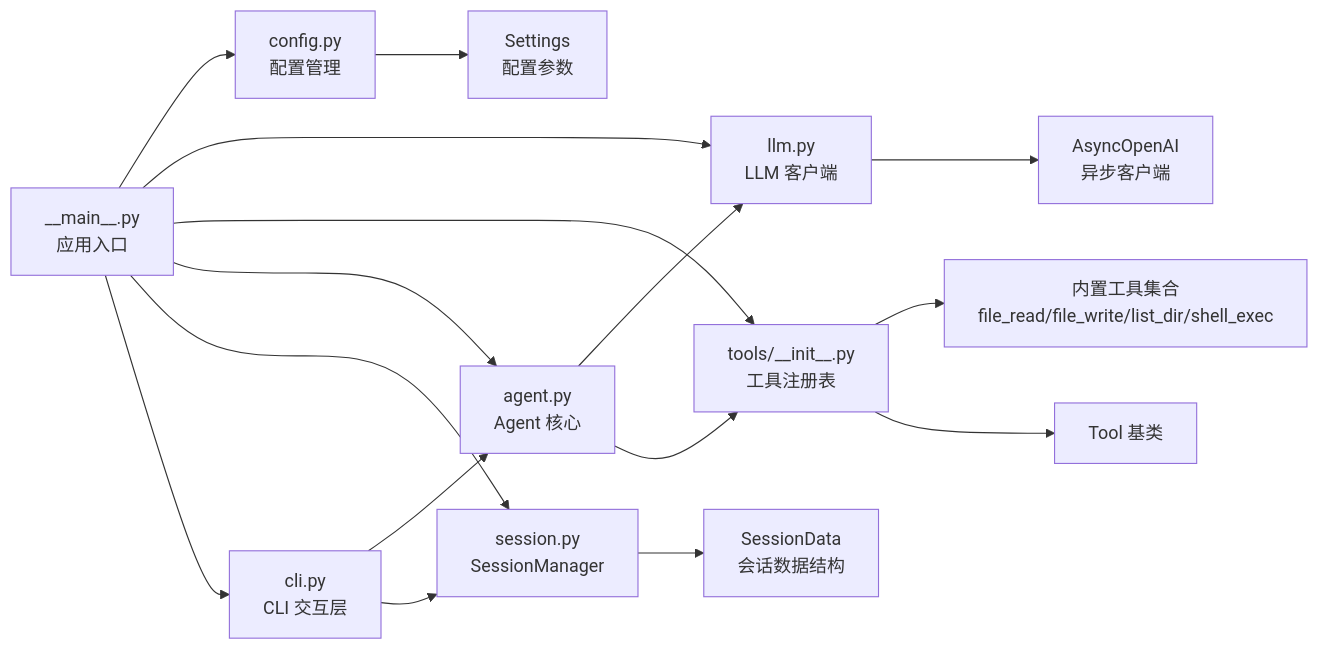
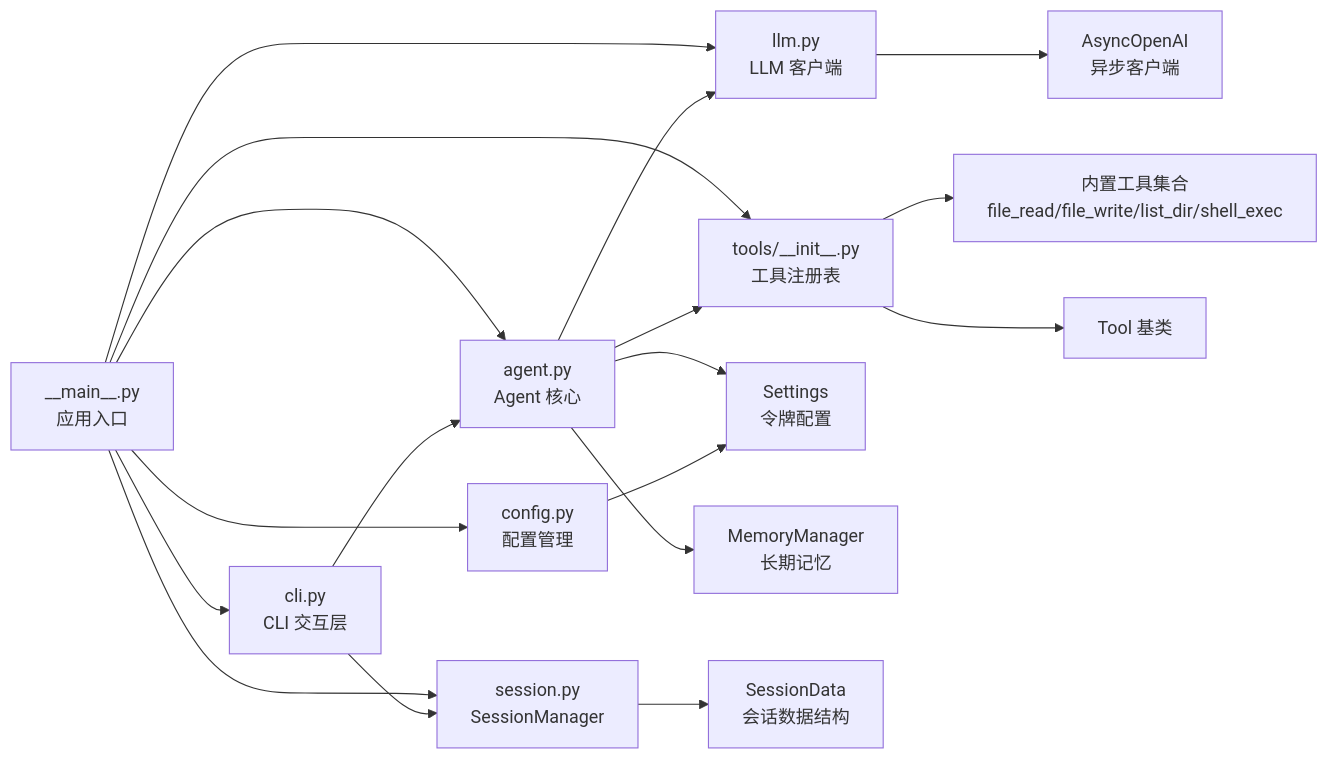
Before and after one commit to 250shiwo/MySmallAgent: the third of 3 diagrams in .qoder/repowiki/zh/content/核心模块详解/CLI 交互层.md, drawn with Mermaid. The commit also changed other lines of this file and 41 other files, not shown here.

````diff
--- a/.qoder/repowiki/zh/content/核心模块详解/CLI 交互层.md
+++ b/.qoder/repowiki/zh/content/核心模块详解/CLI 交互层.md
@@ -707,18 +990,20 @@
 ```mermaid
 graph LR
 Main["__main__.py<br/>应用入口"] --> Config["config.py<br/>配置管理"]
 Main --> LLM["llm.py<br/>LLM 客户端"]
 Main --> Registry["tools/__init__.py<br/>工具注册表"]
 Main --> Agent["agent.py<br/>Agent 核心"]
 Main --> SessionManager["session.py<br/>SessionManager"]
 Main --> CLI["cli.py<br/>CLI 交互层"]
 CLI --> Agent
 CLI --> SessionManager
 Agent --> LLM
 Agent --> Registry
+Agent --> Settings["Settings<br/>令牌配置"]
+Agent --> MemoryManager["MemoryManager<br/>长期记忆"]
 SessionManager --> SessionData["SessionData<br/>会话数据结构"]
 Registry --> Tools["内置工具集合<br/>file_read/file_write/list_dir/shell_exec"]
-Config --> Settings["Settings<br/>配置参数"]
+Config --> Settings
 LLM --> AsyncOpenAI["AsyncOpenAI<br/>异步客户端"]
 Registry --> ToolBase["Tool 基类"]
 ```
````
